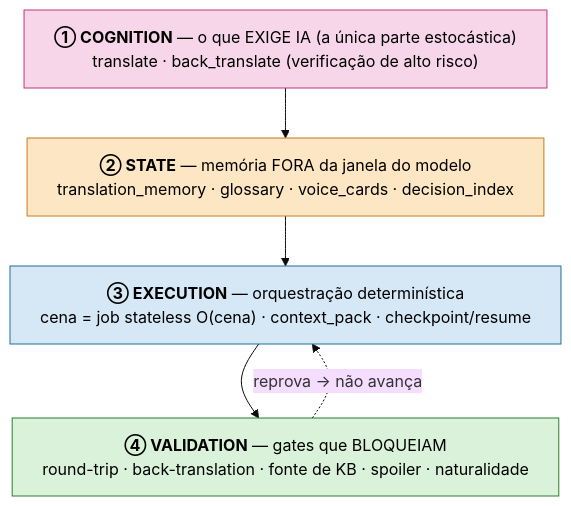
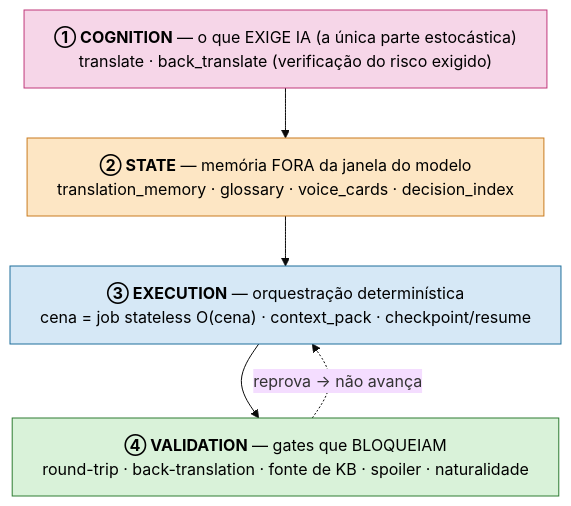
One commit to scudellerlemos/translation-cognition-framework changed the first of 5 diagrams in README.md. Above: the diagram before and after it, drawn with Mermaid (base theme). The commit also changed other lines of this file and 28 other files, not shown here.

````diff
--- a/README.md
+++ b/README.md
@@ -62,14 +62,14 @@
 ```mermaid
 %%{init: {'flowchart': {'wrappingWidth': 520}}}%%
 flowchart TB
-  C["<b>① COGNITION</b> — o que EXIGE IA (a única parte estocástica)<br/>translate · back_translate (verificação de alto risco)"]:::cog
+  C["<b>① COGNITION</b> — o que EXIGE IA (a única parte estocástica)<br/>translate · back_translate (verificação do risco exigido)"]:::cog
   S["<b>② STATE</b> — memória FORA da janela do modelo<br/>translation_memory · glossary · voice_cards · decision_index"]:::sta
   E["<b>③ EXECUTION</b> — orquestração determinística<br/>cena = job stateless O(cena) · context_pack · checkpoint/resume"]:::exe
   V["<b>④ VALIDATION</b> — gates que BLOQUEIAM<br/>round-trip · back-translation · fonte de KB · spoiler · naturalidade"]:::val
   C --> S --> E --> V
   V -.->|"reprova → não avança"| E
   classDef cog fill:#f6d6e8,stroke:#c0397b,color:#000;
   classDef sta fill:#fde6c4,stroke:#c97b1f,color:#000;
   classDef exe fill:#d6e8f6,stroke:#1f6f9b,color:#000;
   classDef val fill:#d9f2d9,stroke:#2e7d32,color:#000;
 ```
````
